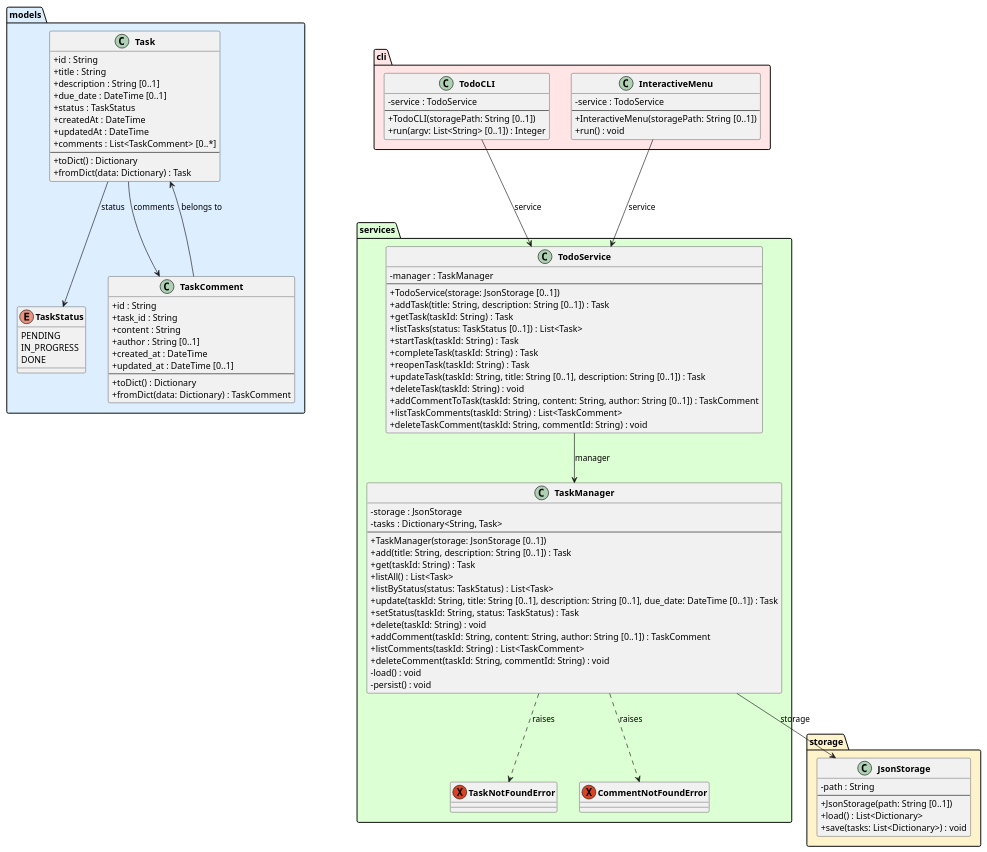
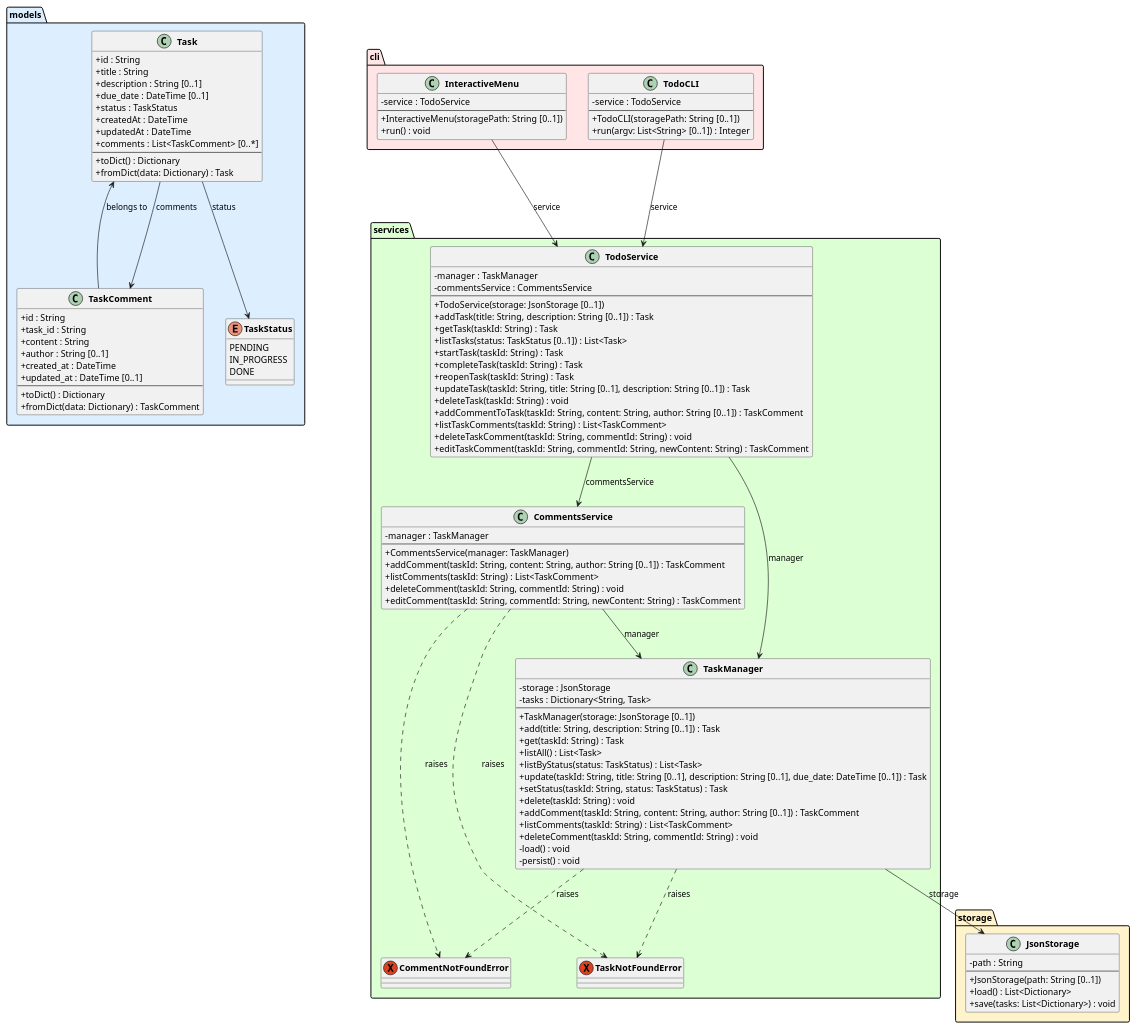
Before and after one commit to DanielRiha8906/Software_autoevolution_using_agents: the diagram in experiments/supervisor_as_tools/user_stories/TODO/artifacts/class_diagram.puml, drawn with PlantUML. The commit also changed 5 other files, not shown here.

First line of the commit message:
task 04 | supervisor_as_tools / user_stories / TODO

```diff
--- a/experiments/supervisor_as_tools/user_stories/TODO/artifacts/class_diagram.puml
+++ b/experiments/supervisor_as_tools/user_stories/TODO/artifacts/class_diagram.puml
@@ -1,117 +1,133 @@
 @startuml class_diagram
 
 skinparam classAttributeIconSize 0
 skinparam classFontStyle bold
 
 package "models" #DDEEFF {
     enum TaskStatus {
         PENDING
         IN_PROGRESS
         DONE
     }
 
     class Task {
         +id : String
         +title : String
         +description : String [0..1]
         +due_date : DateTime [0..1]
         +status : TaskStatus
         +createdAt : DateTime
         +updatedAt : DateTime
         +comments : List<TaskComment> [0..*]
         --
         +toDict() : Dictionary
         +fromDict(data: Dictionary) : Task
     }
 
     class TaskComment {
         +id : String
         +task_id : String
         +content : String
         +author : String [0..1]
         +created_at : DateTime
         +updated_at : DateTime [0..1]
         --
         +toDict() : Dictionary
         +fromDict(data: Dictionary) : TaskComment
     }
 }
 
 package "storage" #FFF3CC {
     class JsonStorage {
         -path : String
         --
         +JsonStorage(path: String [0..1])
         +load() : List<Dictionary>
         +save(tasks: List<Dictionary>) : void
     }
 }
 
 package "services" #DDFFD4 {
     exception TaskNotFoundError
     exception CommentNotFoundError
 
     class TaskManager {
         -storage : JsonStorage
         -tasks : Dictionary<String, Task>
         --
         +TaskManager(storage: JsonStorage [0..1])
         +add(title: String, description: String [0..1]) : Task
         +get(taskId: String) : Task
         +listAll() : List<Task>
         +listByStatus(status: TaskStatus) : List<Task>
         +update(taskId: String, title: String [0..1], description: String [0..1], due_date: DateTime [0..1]) : Task
         +setStatus(taskId: String, status: TaskStatus) : Task
         +delete(taskId: String) : void
         +addComment(taskId: String, content: String, author: String [0..1]) : TaskComment
         +listComments(taskId: String) : List<TaskComment>
         +deleteComment(taskId: String, commentId: String) : void
         -load() : void
         -persist() : void
     }
 
+    class CommentsService {
+        -manager : TaskManager
+        --
+        +CommentsService(manager: TaskManager)
+        +addComment(taskId: String, content: String, author: String [0..1]) : TaskComment
+        +listComments(taskId: String) : List<TaskComment>
+        +deleteComment(taskId: String, commentId: String) : void
+        +editComment(taskId: String, commentId: String, newContent: String) : TaskComment
+    }
+
     class TodoService {
         -manager : TaskManager
+        -commentsService : CommentsService
         --
         +TodoService(storage: JsonStorage [0..1])
         +addTask(title: String, description: String [0..1]) : Task
         +getTask(taskId: String) : Task
         +listTasks(status: TaskStatus [0..1]) : List<Task>
         +startTask(taskId: String) : Task
         +completeTask(taskId: String) : Task
         +reopenTask(taskId: String) : Task
         +updateTask(taskId: String, title: String [0..1], description: String [0..1]) : Task
         +deleteTask(taskId: String) : void
         +addCommentToTask(taskId: String, content: String, author: String [0..1]) : TaskComment
         +listTaskComments(taskId: String) : List<TaskComment>
         +deleteTaskComment(taskId: String, commentId: String) : void
+        +editTaskComment(taskId: String, commentId: String, newContent: String) : TaskComment
     }
 }
 
 package "cli" #FFE5E5 {
     class TodoCLI {
         -service : TodoService
         --
         +TodoCLI(storagePath: String [0..1])
         +run(argv: List<String> [0..1]) : Integer
     }
 
     class InteractiveMenu {
         -service : TodoService
         --
         +InteractiveMenu(storagePath: String [0..1])
         +run() : void
     }
 }
 
 Task --> TaskStatus : status
 Task --> TaskComment : comments
 TaskComment --> Task : belongs to
 TaskManager --> JsonStorage : storage
 TaskManager ..> TaskNotFoundError : raises
 TaskManager ..> CommentNotFoundError : raises
+CommentsService --> TaskManager : manager
+CommentsService ..> TaskNotFoundError : raises
+CommentsService ..> CommentNotFoundError : raises
 TodoService --> TaskManager : manager
+TodoService --> CommentsService : commentsService
 TodoCLI --> TodoService : service
 InteractiveMenu --> TodoService : service
 
 @enduml
```
